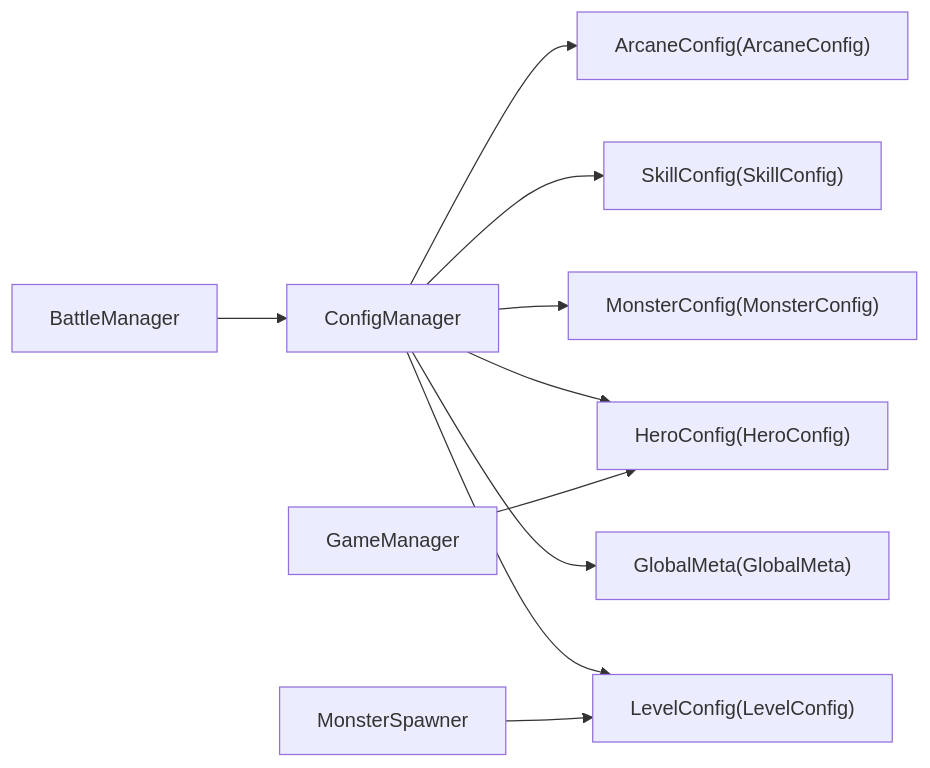
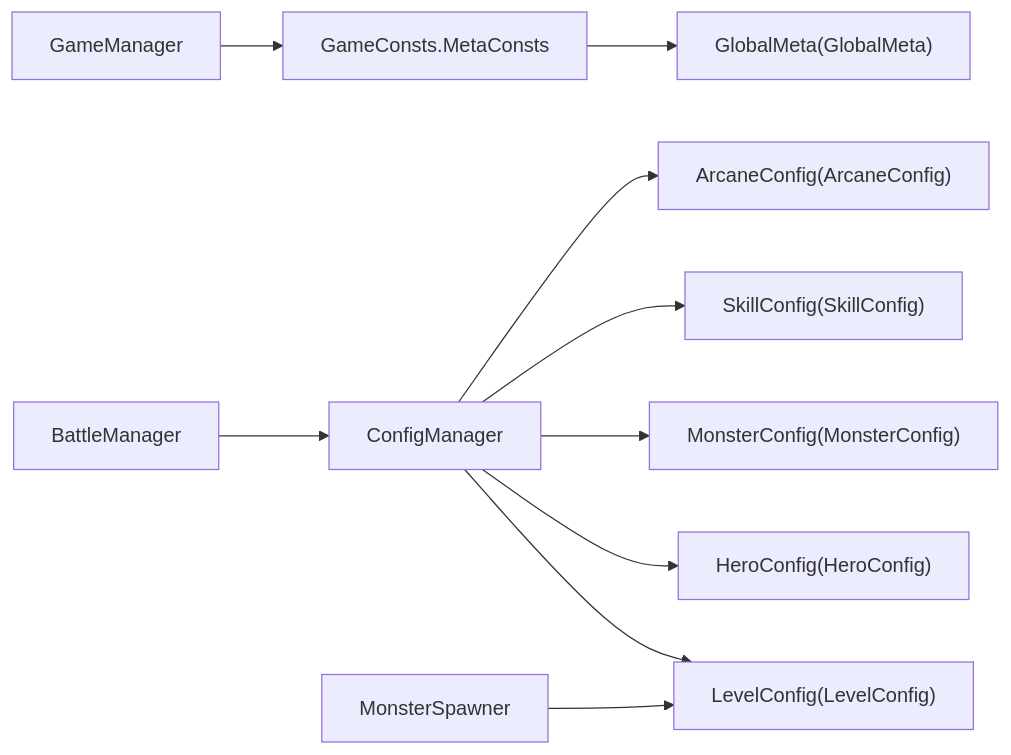
Before and after one commit to Tuusen/p1_client: the fifth of 5 diagrams in .qoder/repowiki/zh/content/配置管理系统/配置文件类型/全局配置文件.md, drawn with Mermaid. The commit also changed other lines of this file and 14 other files, not shown here.

````diff
--- a/.qoder/repowiki/zh/content/配置管理系统/配置文件类型/全局配置文件.md
+++ b/.qoder/repowiki/zh/content/配置管理系统/配置文件类型/全局配置文件.md
@@ -253,12 +288,12 @@
 ```mermaid
 graph LR
-CM["ConfigManager"] --> GMETA["GlobalMeta(GlobalMeta)"]
-CM --> LC["LevelConfig(LevelConfig)"]
+GC["GameConsts.MetaConsts"] --> GMETA["GlobalMeta(GlobalMeta)"]
+CM["ConfigManager"] --> LC["LevelConfig(LevelConfig)"]
 CM --> HC["HeroConfig(HeroConfig)"]
 CM --> MC["MonsterConfig(MonsterConfig)"]
 CM --> SC["SkillConfig(SkillConfig)"]
 CM --> AC["ArcaneConfig(ArcaneConfig)"]
-GM["GameManager"] --> HC
+GM["GameManager"] --> GC
 MS["MonsterSpawner"] --> LC
 BM["BattleManager"] --> CM
 ```
````
